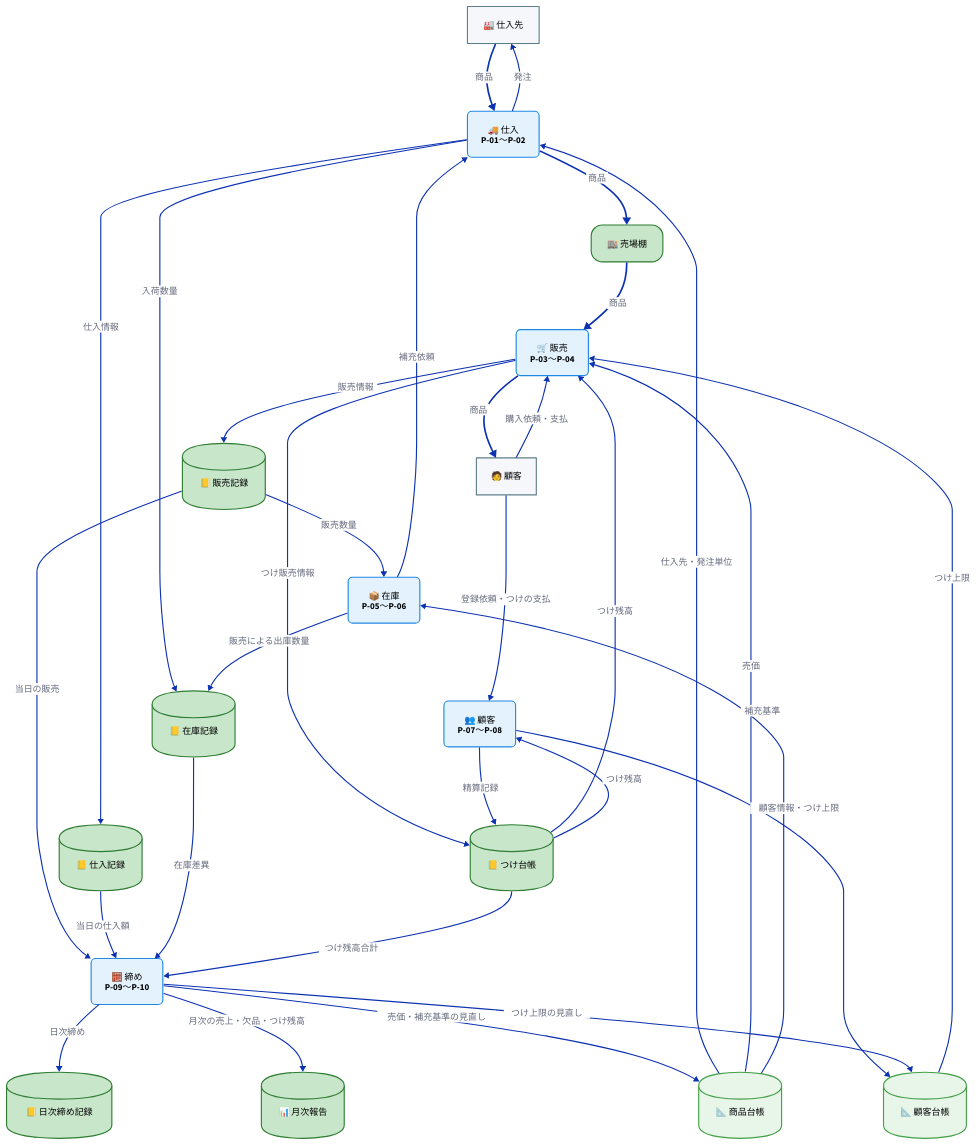
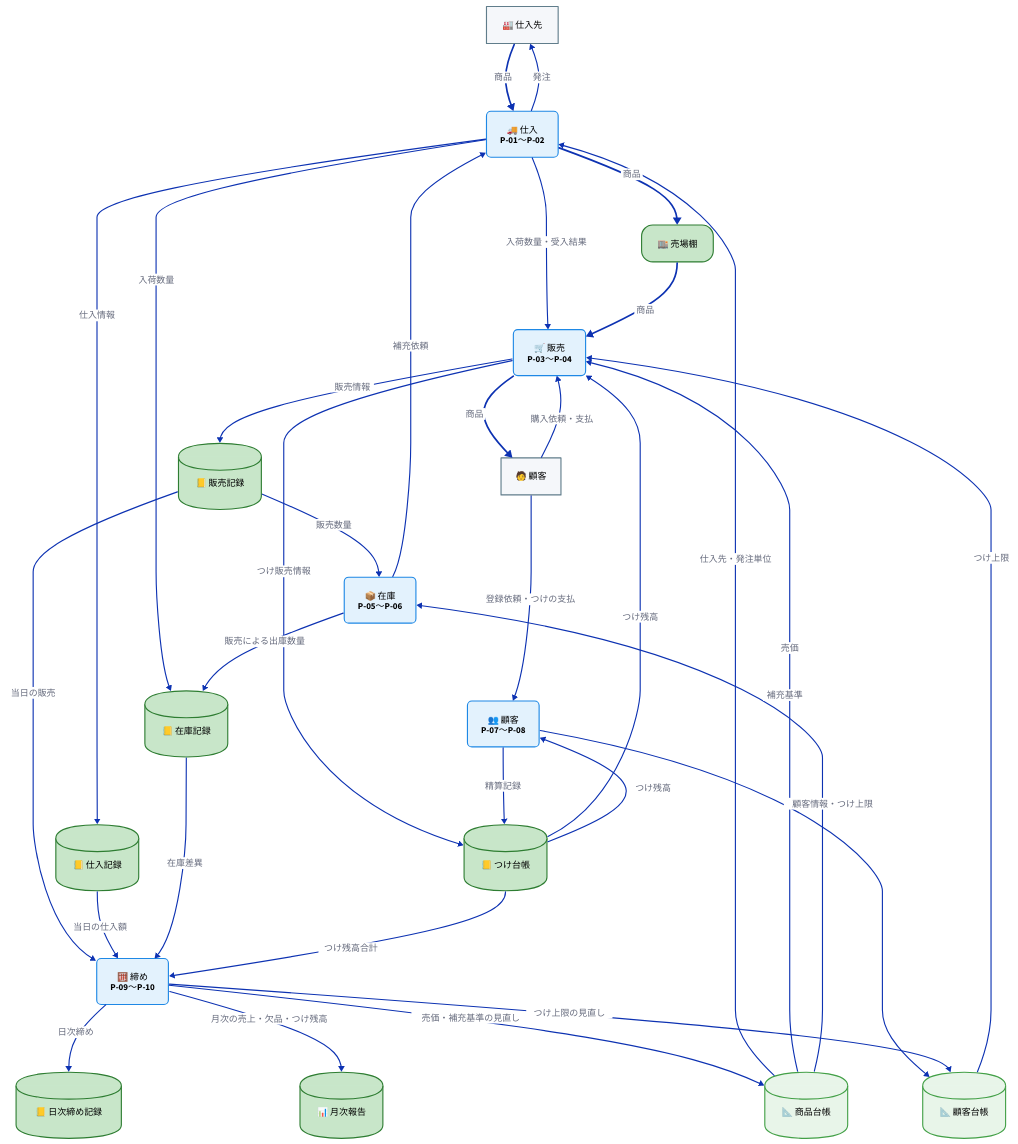
The first of 2 diagrams in docs/ja/specdojo/samples/cdfd-overview-sample.md (specdojo/specdojo), drawn with D2 before and after one commit. The commit also changed 5 other files, not shown here.

```diff
--- a/docs/ja/specdojo/samples/cdfd-overview-sample.md
+++ b/docs/ja/specdojo/samples/cdfd-overview-sample.md
@@ -217,6 +217,7 @@
 }
 purchasing -> purchase_record: "仕入情報"
 purchasing -> inventory_record: "入荷数量"
+purchasing -> sales: "入荷数量・受入結果"
 customer -> sales: "購入依頼・支払"
 display_shelf -> sales: "商品" {
   class: material_flow
```
